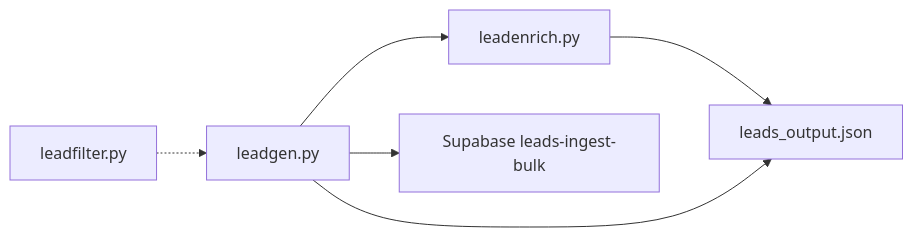
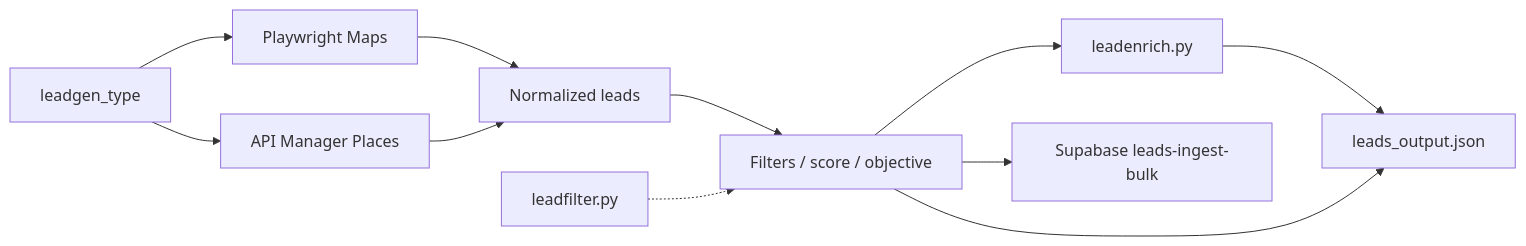
Before and after one commit to StaticxViper/cjm-dev: the diagram in documentation/scripts/leadgen.md, drawn with Mermaid. The commit also changed other lines of this file and 5 other files, not shown here.

First line of the commit message:
Add selectable Playwright and API Manager leadgen discovery modes

````diff
--- a/documentation/scripts/leadgen.md
+++ b/documentation/scripts/leadgen.md
@@ -122,8 +152,13 @@
 ```mermaid
 flowchart LR
-  leadgen[leadgen.py] --> enrich[leadenrich.py]
+  cfg[leadgen_type] --> pw[Playwright Maps]
+  cfg --> api[API Manager Places]
+  pw --> norm[Normalized leads]
+  api --> norm
+  norm --> filters[Filters / score / objective]
+  filters --> enrich[leadenrich.py]
   enrich --> jsonOut[leads_output.json]
-  leadgen --> jsonOut
-  leadgen --> supabase[Supabase leads-ingest-bulk]
-  leadfilter[leadfilter.py] -.-> leadgen
+  filters --> jsonOut
+  filters --> supabase[Supabase leads-ingest-bulk]
+  leadfilter[leadfilter.py] -.-> filters
 ```
````
